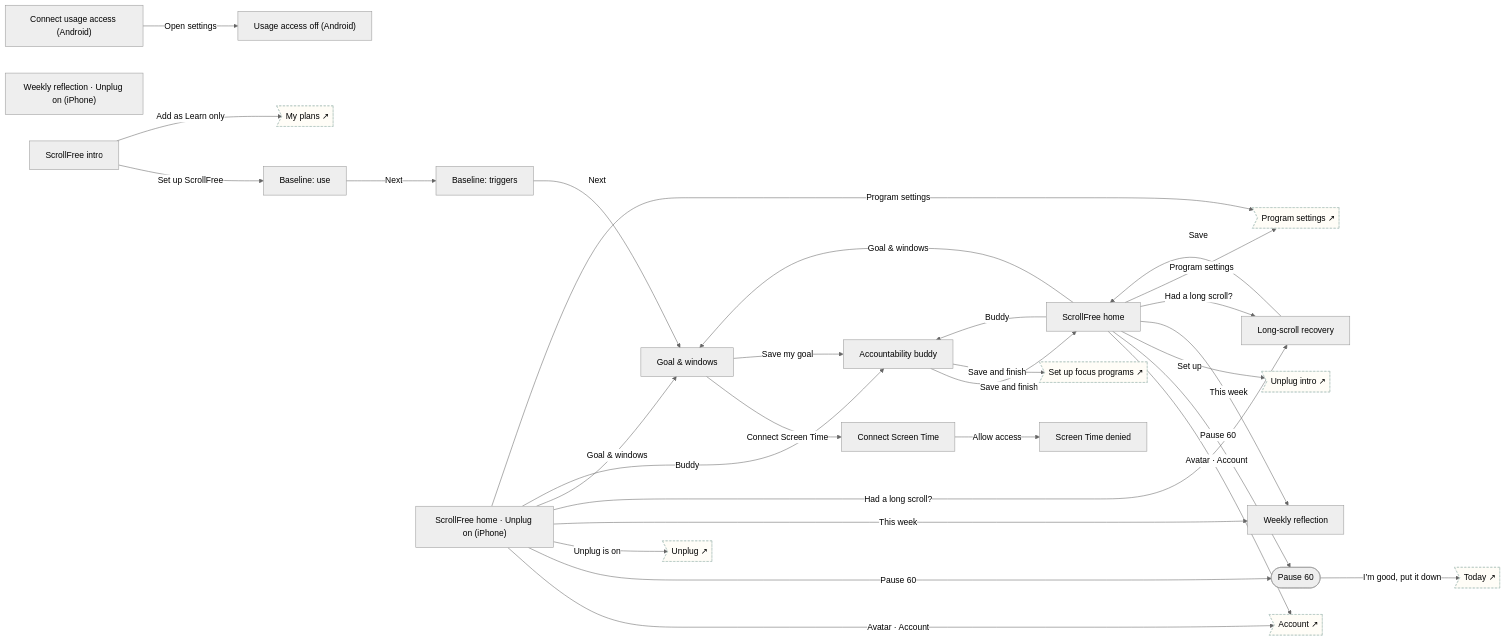
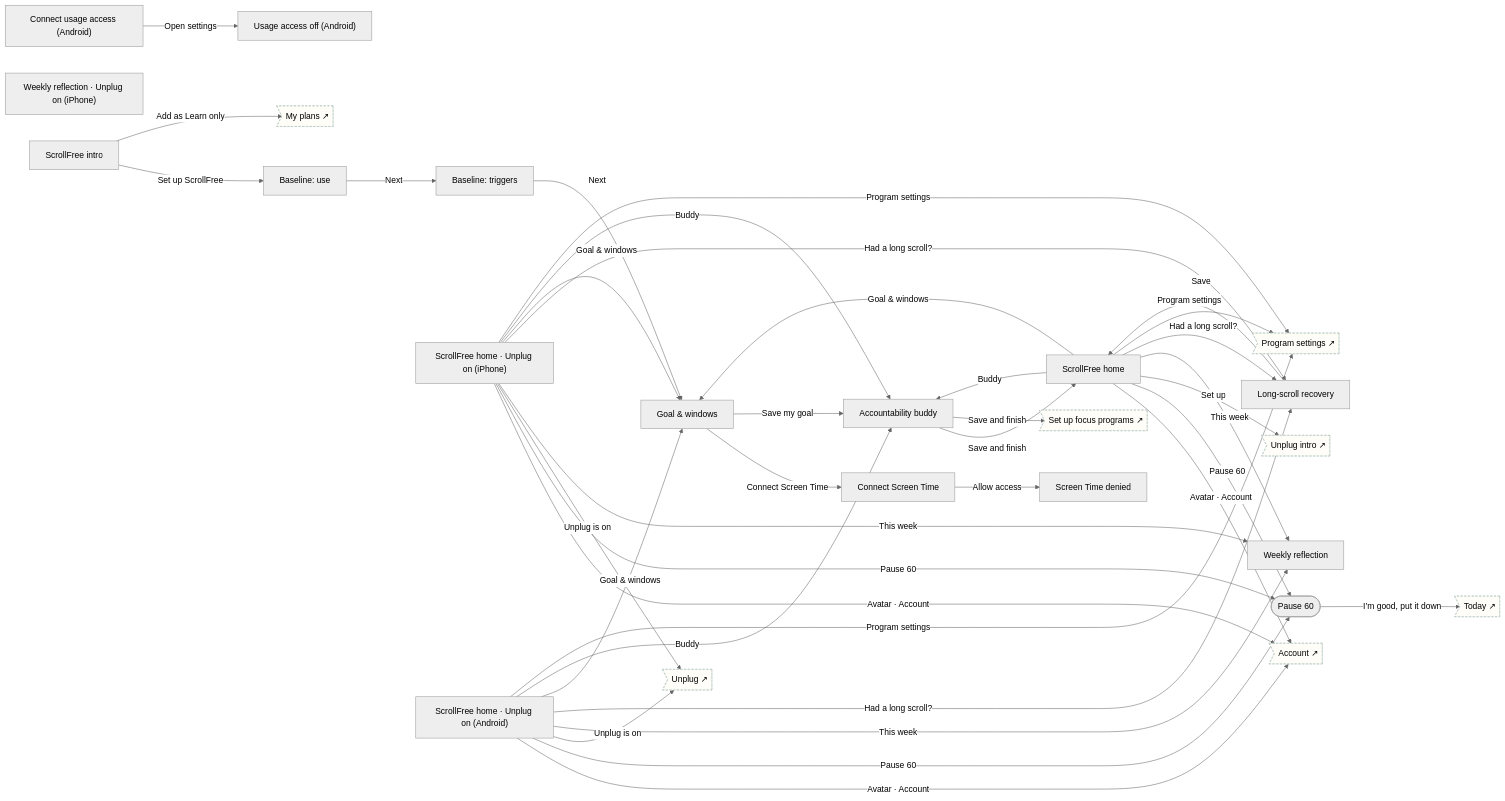
Before and after one commit to Tetherhealthgroup/Tether-Health: the diagram in tether_ui/flows/sf.md, drawn with Mermaid (neutral theme). The commit also changed other lines of this file and 23 other files, not shown here.

First line of the commit message:
TH-971: add Android Unplug-on ScrollFree home state

````diff
--- a/tether_ui/flows/sf.md
+++ b/tether_ui/flows/sf.md
@@ -5,61 +5,70 @@
 ```mermaid
 flowchart LR
   sf_intro["ScrollFree intro"]
   sf_q1["Baseline: use"]
   sf_q2["Baseline: triggers"]
   sf_goal["Goal & windows"]
   sf_screentime["Connect Screen Time"]
   sf_screentime_denied["Screen Time denied"]
   sf_buddy["Accountability buddy"]
   sf_home["ScrollFree home"]
   sf_pause(["Pause 60"])
   sf_slip["Long-scroll recovery"]
   sf_week["Weekly reflection"]
   sf_home_unplug["ScrollFree home · Unplug on (iPhone)"]
+  sf_home_unplug_android["ScrollFree home · Unplug on (Android)"]
   sf_week_unplug["Weekly reflection · Unplug on (iPhone)"]
   sf_screentime_android["Connect usage access (Android)"]
   sf_screentime_android_denied["Usage access off (Android)"]
   sf_intro -->|"Set up ScrollFree"| sf_q1
   sf_intro -->|"Add as Learn only"| plans
   sf_q1 -->|"Next"| sf_q2
   sf_q2 -->|"Next"| sf_goal
   sf_goal -->|"Connect Screen Time"| sf_screentime
   sf_goal -->|"Save my goal"| sf_buddy
   sf_screentime -->|"Allow access"| sf_screentime_denied
   sf_buddy -->|"Save and finish"| sf_home
   sf_buddy -->|"Save and finish"| ob_setup
   sf_home -->|"Avatar · Account"| account
   sf_home -->|"Pause 60"| sf_pause
   sf_home -->|"Set up"| sf_unplug_intro
   sf_home -->|"This week"| sf_week
   sf_home -->|"Had a long scroll?"| sf_slip
   sf_home -->|"Goal & windows"| sf_goal
   sf_home -->|"Buddy"| sf_buddy
   sf_home -->|"Program settings"| program_settings
   sf_pause -->|"I’m good, put it down"| today
   sf_slip -->|"Save"| sf_home
   sf_home_unplug -->|"Avatar · Account"| account
   sf_home_unplug -->|"Pause 60"| sf_pause
   sf_home_unplug -->|"Unplug is on"| sf_unplug_home
   sf_home_unplug -->|"This week"| sf_week
   sf_home_unplug -->|"Had a long scroll?"| sf_slip
   sf_home_unplug -->|"Goal & windows"| sf_goal
   sf_home_unplug -->|"Buddy"| sf_buddy
   sf_home_unplug -->|"Program settings"| program_settings
+  sf_home_unplug_android -->|"Avatar · Account"| account
+  sf_home_unplug_android -->|"Pause 60"| sf_pause
+  sf_home_unplug_android -->|"Unplug is on"| sf_unplug_home
+  sf_home_unplug_android -->|"This week"| sf_week
+  sf_home_unplug_android -->|"Had a long scroll?"| sf_slip
+  sf_home_unplug_android -->|"Goal & windows"| sf_goal
+  sf_home_unplug_android -->|"Buddy"| sf_buddy
+  sf_home_unplug_android -->|"Program settings"| program_settings
   sf_screentime_android -->|"Open settings"| sf_screentime_android_denied
   account>"Account ↗"]
   class account ext
   ob_setup>"Set up focus programs ↗"]
   class ob_setup ext
   plans>"My plans ↗"]
   class plans ext
   program_settings>"Program settings ↗"]
   class program_settings ext
   sf_unplug_home>"Unplug ↗"]
   class sf_unplug_home ext
   sf_unplug_intro>"Unplug intro ↗"]
   class sf_unplug_intro ext
   today>"Today ↗"]
   class today ext
   classDef ext fill:#FFFDF7,stroke:#B6C8C2,stroke-dasharray: 4 3
 ```
````
